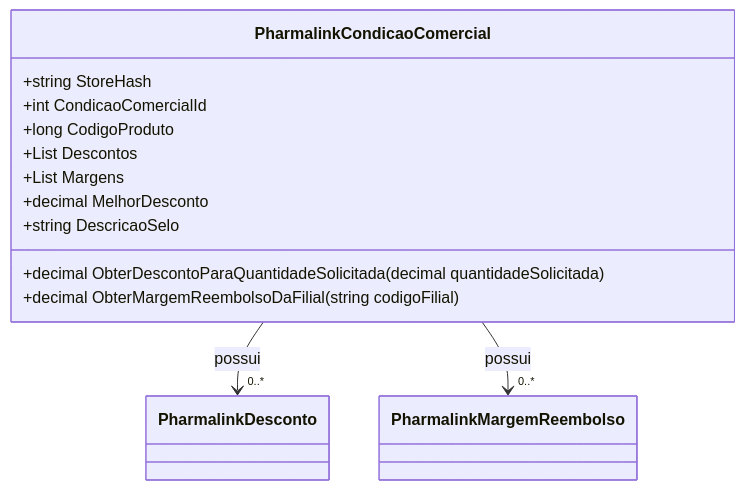
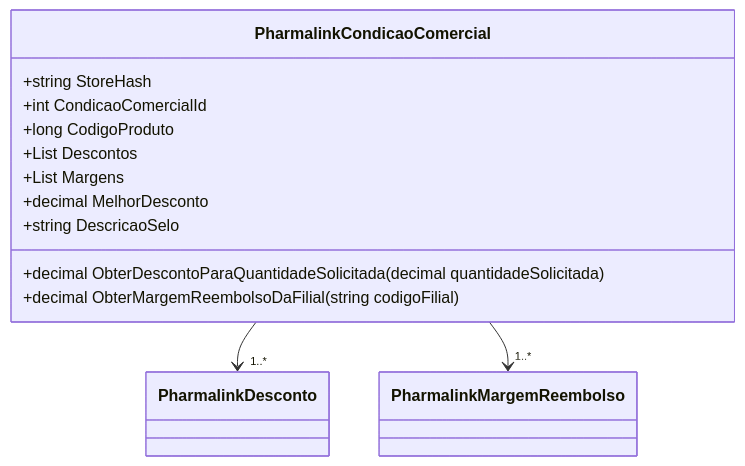
Before and after one commit to IsthmusSistemas/documentacao-tecnica: the second of 2 diagrams in docs/b2b-dominio/IsthmusWinthor.Nucleo/IsthmusWinthor.Dominio/POCO/Precos/PharmalinkCondicaoComercial.md, drawn with Mermaid. The commit also changed other lines of this file and 882 other files, not shown here.

````diff
--- a/docs/b2b-dominio/IsthmusWinthor.Nucleo/IsthmusWinthor.Dominio/POCO/Precos/PharmalinkCondicaoComercial.md
+++ b/docs/b2b-dominio/IsthmusWinthor.Nucleo/IsthmusWinthor.Dominio/POCO/Precos/PharmalinkCondicaoComercial.md
@@ -65,19 +57,16 @@
 ```mermaid
 classDiagram
     class PharmalinkCondicaoComercial {
         +string StoreHash
         +int CondicaoComercialId
         +long CodigoProduto
         +List<PharmalinkDesconto> Descontos
         +List<PharmalinkMargemReembolso> Margens
         +decimal MelhorDesconto
         +string DescricaoSelo
         +decimal ObterDescontoParaQuantidadeSolicitada(decimal quantidadeSolicitada)
         +decimal ObterMargemReembolsoDaFilial(string codigoFilial)
     }
-    class PharmalinkDesconto
-    class PharmalinkMargemReembolso
-    
-    PharmalinkCondicaoComercial --> "0..*" PharmalinkDesconto : possui
-    PharmalinkCondicaoComercial --> "0..*" PharmalinkMargemReembolso : possui
+    PharmalinkCondicaoComercial --> "1..*" PharmalinkDesconto
+    PharmalinkCondicaoComercial --> "1..*" PharmalinkMargemReembolso
 ```
````
